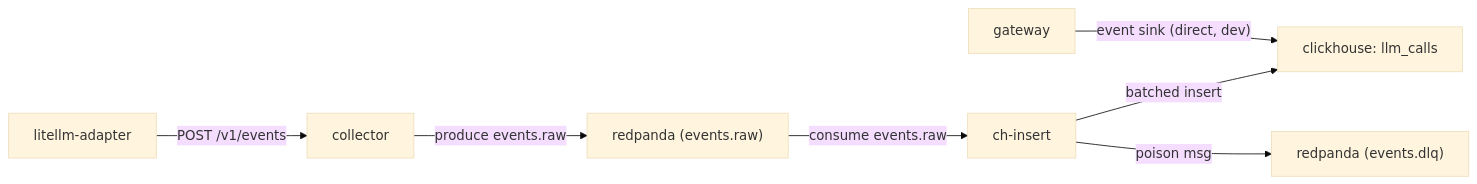
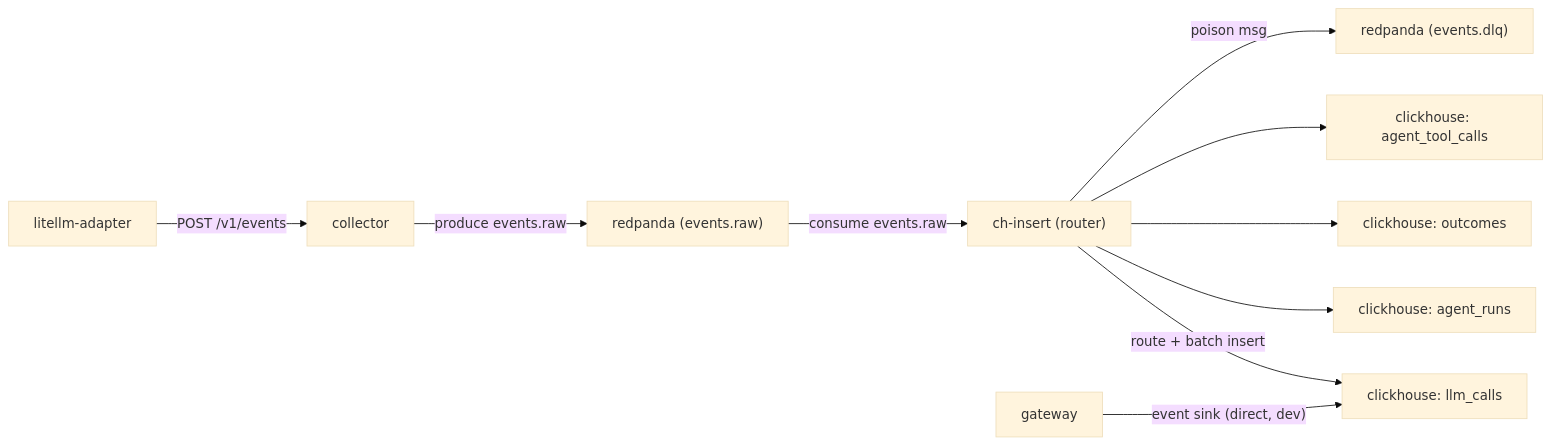
One commit to Buttowsky2002/ledgerai changed the diagram in agentledger/docs/diagrams/data-plane-ingest.mmd. Above: the diagram before and after it, drawn with Mermaid (base theme).

Commit message:
docs(diagrams): show ch-insert routes to all four target tables
Independent inventory pass confirmed ch-insert is a router that inserts into
llm_calls, agent_runs, outcomes, and agent_tool_calls
(services/workers/internal/chinsert/router.go:7-10), not llm_calls alone.

```diff
--- a/agentledger/docs/diagrams/data-plane-ingest.mmd
+++ b/agentledger/docs/diagrams/data-plane-ingest.mmd
@@ -1,12 +1,17 @@
 %% Source of truth: docker-compose.yml env (AGENTLEDGER_KAFKA_TOPIC=events.raw,
 %% AGENTLEDGER_KAFKA_DLQ_TOPIC=events.dlq, AGENTLEDGER_COLLECTOR_URL,
-%% AGENTLEDGER_CLICKHOUSE_URL) and the compose header comment on the gateway
-%% event sink. Arrows show DATA FLOW direction (producer -> topic -> consumer
-%% -> store), the inverse of the depends_on graph in deploy-topology.mmd.
+%% AGENTLEDGER_CLICKHOUSE_URL), the compose header comment on the gateway event
+%% sink, and the ch-insert router targets in
+%% services/workers/internal/chinsert/router.go:7-10 (TableLLMCalls, agent_runs,
+%% outcomes, agent_tool_calls). Arrows show DATA FLOW direction (producer ->
+%% topic -> consumer -> store), the inverse of deploy-topology.mmd's depends_on.
 flowchart LR
     litellm_adapter["litellm-adapter"] -->|"POST /v1/events"| collector["collector"]
     collector -->|"produce events.raw"| redpanda["redpanda (events.raw)"]
-    redpanda -->|"consume events.raw"| ch_insert["ch-insert"]
-    ch_insert -->|"batched insert"| llm_calls["clickhouse: llm_calls"]
+    redpanda -->|"consume events.raw"| ch_insert["ch-insert (router)"]
+    ch_insert -->|"route + batch insert"| llm_calls["clickhouse: llm_calls"]
+    ch_insert --> agent_runs["clickhouse: agent_runs"]
+    ch_insert --> outcomes["clickhouse: outcomes"]
+    ch_insert --> agent_tool_calls["clickhouse: agent_tool_calls"]
     ch_insert -->|"poison msg"| dlq["redpanda (events.dlq)"]
     gateway["gateway"] -->|"event sink (direct, dev)"| llm_calls
```
